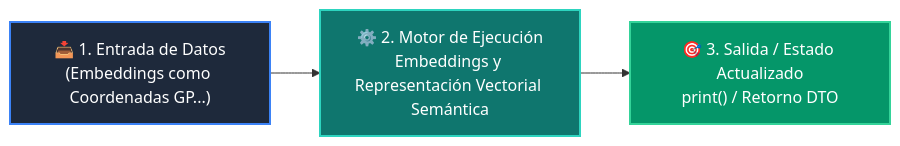
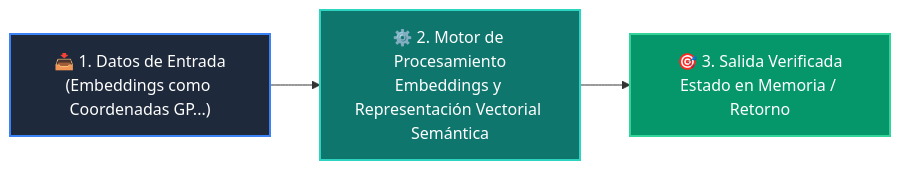
One commit to wisrovi/wisrovi-python changed the diagram in 03-agentes-ia/clase-05-embeddings-y-bases-vectoriales/README.md. Above: the diagram before and after it, drawn with Mermaid. The commit also changed other lines of this file and 226 other files, not shown here.

Commit message:
docs: elevate all repository READMEs to world-class mastery standard with rich pedagogical architecture, custom Mermaids, and professional styling

````diff
--- a/03-agentes-ia/clase-05-embeddings-y-bases-vectoriales/README.md
+++ b/03-agentes-ia/clase-05-embeddings-y-bases-vectoriales/README.md
@@ -12,9 +26,9 @@
 ```mermaid
 flowchart LR
-    A["📥 1. Entrada de Datos<br/>(Embeddings como Coordenadas GP...)"] --> B["⚙️ 2. Motor de Ejecución<br/>Embeddings y Representación Vectorial Semántica"]
-    B --> C["🎯 3. Salida / Estado Actualizado<br/>print() / Retorno DTO"]
+    IN["📥 1. Datos de Entrada<br/>(Embeddings como Coordenadas GP...)"] --> ENG["⚙️ 2. Motor de Procesamiento<br/>Embeddings y Representación Vectorial Semántica"]
+    ENG --> OUT["🎯 3. Salida Verificada<br/>Estado en Memoria / Retorno"]
 
-    style A fill:#1e293b,color:#ffffff,stroke:#3b82f6,stroke-width:2px
-    style B fill:#0f766e,color:#ffffff,stroke:#2dd4bf,stroke-width:2px
-    style C fill:#059669,color:#ffffff,stroke:#34d399,stroke-width:2px
+    style IN fill:#1e293b,color:#ffffff,stroke:#3b82f6,stroke-width:2px
+    style ENG fill:#0f766e,color:#ffffff,stroke:#2dd4bf,stroke-width:2px
+    style OUT fill:#059669,color:#ffffff,stroke:#34d399,stroke-width:2px
 ```
````
